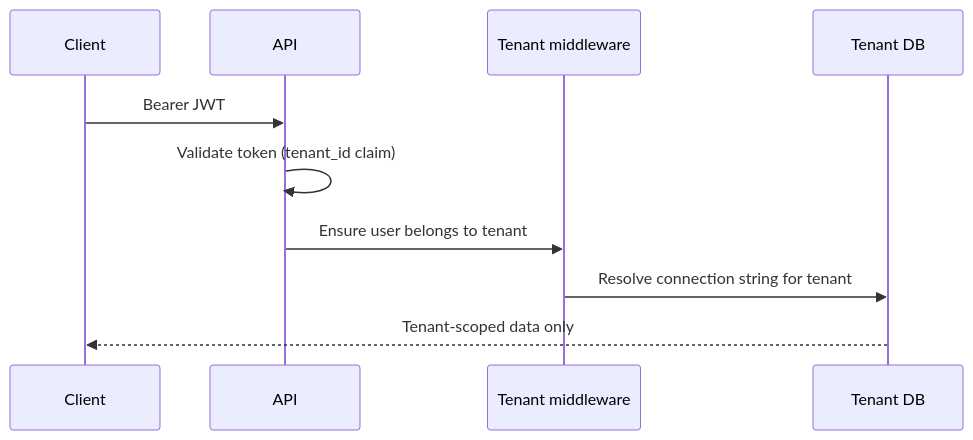
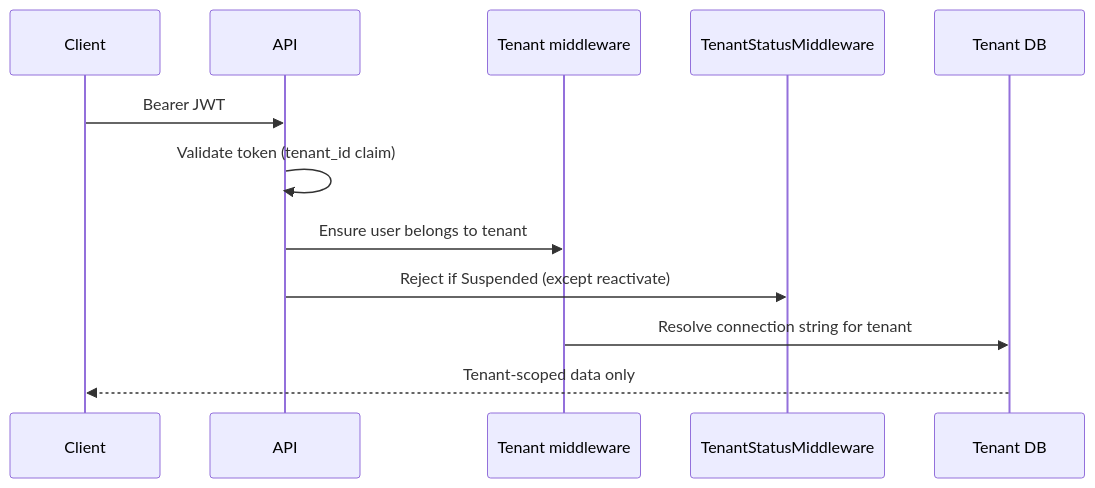
The fourth of 4 diagrams in LiveSync.PushPlatform/README.md (ismayilov449/LiveSync), drawn with Mermaid before and after one commit. The commit also changed other lines of this file and 94 other files, not shown here.

````diff
--- a/LiveSync.PushPlatform/README.md
+++ b/LiveSync.PushPlatform/README.md
@@ -217,13 +233,15 @@
 ```mermaid
 sequenceDiagram
     participant C as Client
     participant API as API
     participant M as Tenant middleware
+    participant S as TenantStatusMiddleware
     participant DB as Tenant DB
 
     C->>API: Bearer JWT
     API->>API: Validate token (tenant_id claim)
     API->>M: Ensure user belongs to tenant
+    API->>S: Reject if Suspended (except reactivate)
     M->>DB: Resolve connection string for tenant
     DB-->>C: Tenant-scoped data only
 ```
````
